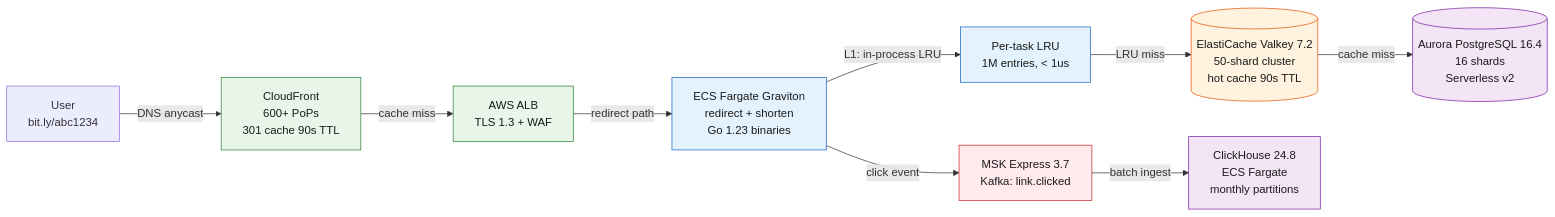
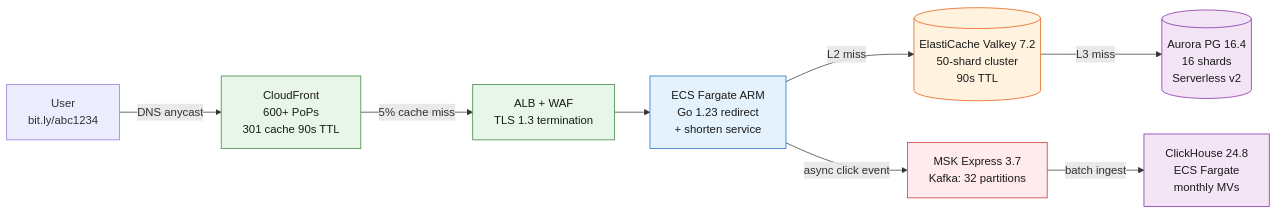
Before and after one commit to iliazlobin/iliazlobin.github.io: the diagram in _designs/infra-bitly-url-shortener-on-aws.md, drawn with Mermaid. The commit also changed other lines of this file and 1 other file, not shown here.

Commit message:
infra: publish Infra: Bitly URL Shortener on AWS (/designs/infra-bitly-url-shortener-on-aws/) (#170)

````diff
--- a/_designs/infra-bitly-url-shortener-on-aws.md
+++ b/_designs/infra-bitly-url-shortener-on-aws.md
@@ -52,24 +55,23 @@
 ```mermaid
 flowchart LR
     U[User<br/>bit.ly/abc1234] -->|DNS anycast| CF[CloudFront<br/>600+ PoPs<br/>301 cache 90s TTL]
-    CF -->|cache miss| ALB[AWS ALB<br/>TLS 1.3 + WAF]
-    ALB -->|redirect path| ECS[ECS Fargate Graviton<br/>redirect + shorten<br/>Go 1.23 binaries]
-    ECS -->|L1: in-process LRU| LRU[Per-task LRU<br/>1M entries, < 1us]
-    LRU -->|LRU miss| R[(ElastiCache Valkey 7.2<br/>50-shard cluster<br/>hot cache 90s TTL)]
-    R -->|cache miss| A[(Aurora PostgreSQL 16.4<br/>16 shards<br/>Serverless v2)]
-    ECS -->|click event| MSK[MSK Express 3.7<br/>Kafka: link.clicked]
-    MSK -->|batch ingest| CH[ClickHouse 24.8<br/>ECS Fargate<br/>monthly partitions]
+    CF -->|5% cache miss| ALB[ALB + WAF<br/>TLS 1.3 termination]
+    ALB --> ECS[ECS Fargate ARM<br/>Go 1.23 redirect<br/>+ shorten service]
+    ECS -->|L2 miss| VK[(ElastiCache Valkey 7.2<br/>50-shard cluster<br/>90s TTL)]
+    VK -->|L3 miss| AUR[(Aurora PG 16.4<br/>16 shards<br/>Serverless v2)]
+    ECS -->|async click event| MSK[MSK Express 3.7<br/>Kafka: 32 partitions]
+    MSK -->|batch ingest| CH[ClickHouse 24.8<br/>ECS Fargate<br/>monthly MVs]
 
     classDef edge fill:#E8F5E9,stroke:#2E7D32,color:#1A1A1A
     classDef compute fill:#E3F2FD,stroke:#1565C0,color:#1A1A1A
     classDef cache fill:#FFF3E0,stroke:#E65100,color:#1A1A1A
     classDef store fill:#F3E5F5,stroke:#7B1FA2,color:#1A1A1A
     classDef bus fill:#FFEBEE,stroke:#C62828,color:#1A1A1A
 
     class CF edge
     class ALB edge
-    class ECS,LRU compute
-    class R cache
-    class A,CH store
+    class ECS compute
+    class VK cache
+    class AUR,CH store
     class MSK bus
 ```
````
